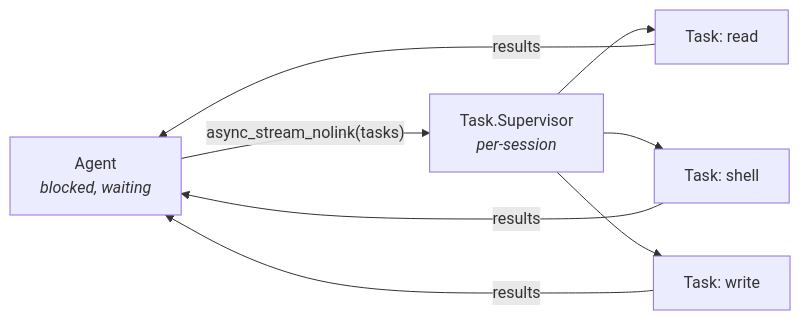
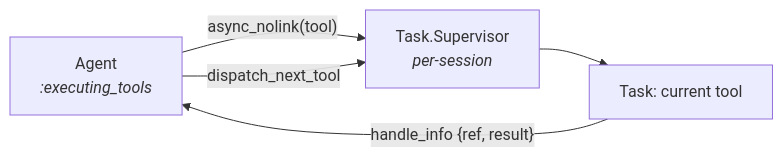
One commit to matteing/opal changed the eighth of 10 diagrams in docs/supervision.md. Above: the diagram before and after it, drawn with Mermaid. The commit also changed other lines of this file and 20 other files, not shown here.

````diff
--- a/docs/supervision.md
+++ b/docs/supervision.md
@@ -261,10 +269,7 @@
 ```mermaid
 flowchart LR
-    Agent["Agent<br/><i>blocked, waiting</i>"] -- "async_stream_nolink(tasks)" --> TaskSup["Task.Supervisor<br/><i>per-session</i>"]
-    TaskSup --> T1["Task: read"]
-    TaskSup --> T2["Task: shell"]
-    TaskSup --> T3["Task: write"]
-    T1 -- "results" --> Agent
-    T2 -- "results" --> Agent
-    T3 -- "results" --> Agent
+    Agent["Agent<br/><i>:executing_tools</i>"] -- "async_nolink(tool)" --> TaskSup["Task.Supervisor<br/><i>per-session</i>"]
+    TaskSup --> T1["Task: current tool"]
+    T1 -- "handle_info {ref, result}" --> Agent
+    Agent -- "dispatch_next_tool" --> TaskSup
 ```
````
